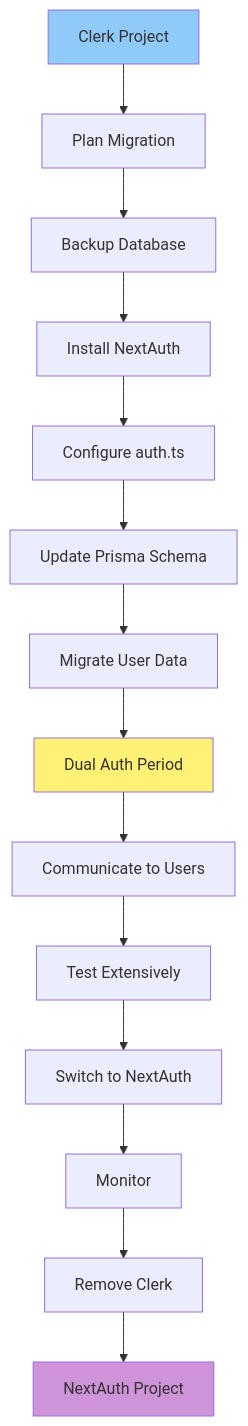
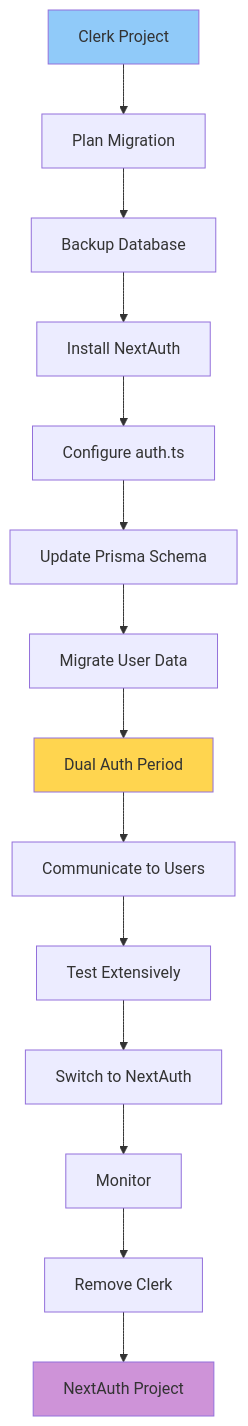
One commit to inskillflow/auths-1-NEXTJS-introduction changed diagram 30 of 39 in 02-DIAGRAMMES_ARCHITECTURES.md. Above: the diagram before and after it, drawn with Mermaid. The commit also changed other lines of this file, not shown here.

````diff
--- a/02-DIAGRAMMES_ARCHITECTURES.md
+++ b/02-DIAGRAMMES_ARCHITECTURES.md
@@ -988,21 +988,21 @@
 ```mermaid
 graph TD
     START[Clerk Project] --> PLAN[Plan Migration]
     PLAN --> BACKUP[Backup Database]
     BACKUP --> INSTALL[Install NextAuth]
     INSTALL --> CONFIG[Configure auth.ts]
     CONFIG --> SCHEMA[Update Prisma Schema]
     SCHEMA --> MIGRATE[Migrate User Data]
     
     MIGRATE --> DUAL[Dual Auth Period]
     DUAL --> COMM[Communicate to Users]
     COMM --> TEST[Test Extensively]
     TEST --> SWITCH[Switch to NextAuth]
     SWITCH --> MONITOR[Monitor]
     MONITOR --> CLEANUP[Remove Clerk]
     CLEANUP --> END[NextAuth Project]
     
     style START fill:#90caf9
-    style DUAL fill:#fff176
+    style DUAL fill:#ffd54f
     style END fill:#ce93d8
 ```
````
